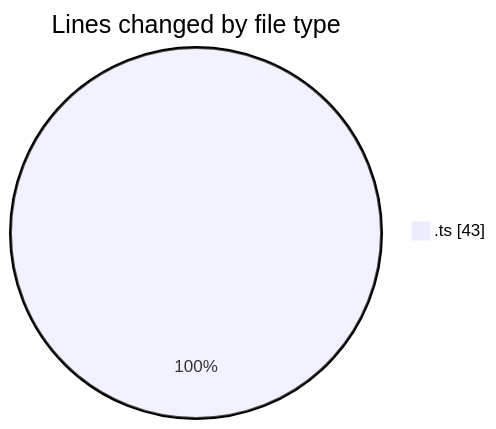
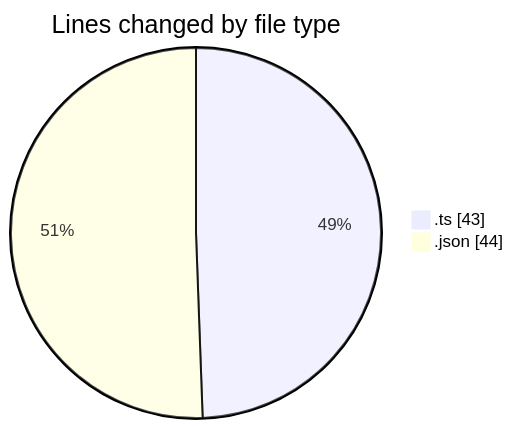
Before and after one commit to igalym/code-tracking: the first of 2 diagrams in 2026-06-16/cinema_3/README.md, drawn with Mermaid. The commit also changed other lines of this file and 1 other file, not shown here.

````diff
--- a/2026-06-16/cinema_3/README.md
+++ b/2026-06-16/cinema_3/README.md
@@ -21,5 +22,6 @@
 ```mermaid
 pie showData
 title Lines changed by file type
 ".ts" : 43
+".json" : 44
 ```
````
